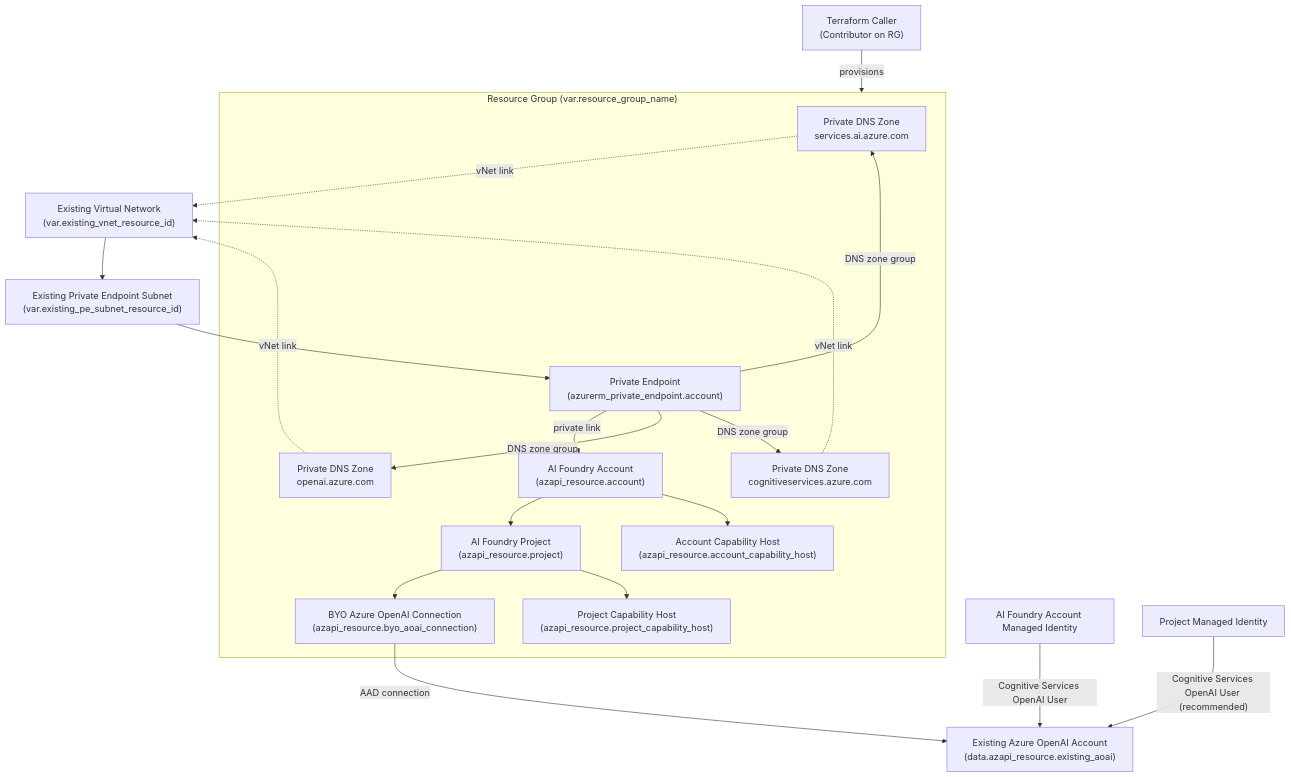
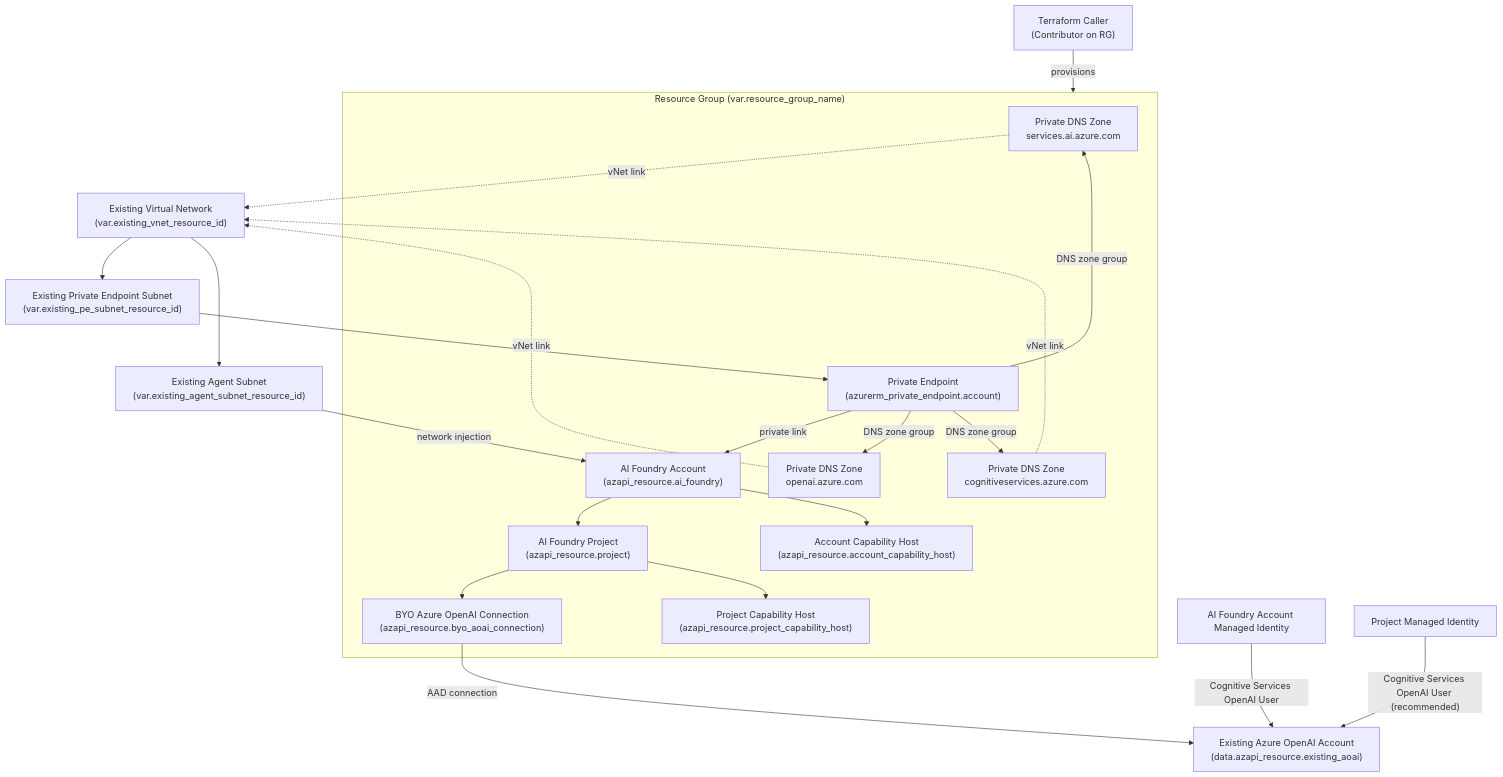
The diagram in Administration/Deployment_Configs/BYO_AOAI_wExisting_VNet/terraform/README.md (jakeatmsft/ai-foundry-craftkit), drawn with Mermaid before and after one commit. The commit also changed other lines of this file and 26 other files, not shown here.

````diff
--- a/Administration/Deployment_Configs/BYO_AOAI_wExisting_VNet/terraform/README.md
+++ b/Administration/Deployment_Configs/BYO_AOAI_wExisting_VNet/terraform/README.md
@@ -43,38 +45,41 @@
 ```mermaid
 graph TD
     TerraformCaller["Terraform Caller\n(Contributor on RG)"]
     ExistingAOAI["Existing Azure OpenAI Account\n(data.azapi_resource.existing_aoai)"]
     ExistingVNet["Existing Virtual Network\n(var.existing_vnet_resource_id)"]
     ExistingSubnet["Existing Private Endpoint Subnet\n(var.existing_pe_subnet_resource_id)"]
+    AgentSubnet["Existing Agent Subnet\n(var.existing_agent_subnet_resource_id)"]
 
     subgraph RG["Resource Group (var.resource_group_name)"]
         DNSAIServices["Private DNS Zone\nservices.ai.azure.com"]
         DNSOpenAI["Private DNS Zone\nopenai.azure.com"]
         DNSCog["Private DNS Zone\ncognitiveservices.azure.com"]
         PE["Private Endpoint\n(azurerm_private_endpoint.account)"]
-        Account["AI Foundry Account\n(azapi_resource.account)"]
+        Account["AI Foundry Account\n(azapi_resource.ai_foundry)"]
         Project["AI Foundry Project\n(azapi_resource.project)"]
         Connection["BYO Azure OpenAI Connection\n(azapi_resource.byo_aoai_connection)"]
         AccountHost["Account Capability Host\n(azapi_resource.account_capability_host)"]
         ProjectHost["Project Capability Host\n(azapi_resource.project_capability_host)"]
     end
 
     TerraformCaller -->|"provisions"| RG
     ExistingVNet --> ExistingSubnet
+    ExistingVNet --> AgentSubnet
     ExistingSubnet --> PE
     PE -->|"private link"| Account
+    AgentSubnet -->|"network injection"| Account
     DNSAIServices -. "vNet link" .-> ExistingVNet
     DNSOpenAI -. "vNet link" .-> ExistingVNet
     DNSCog -. "vNet link" .-> ExistingVNet
     PE -->|"DNS zone group"| DNSAIServices
     PE -->|"DNS zone group"| DNSOpenAI
     PE -->|"DNS zone group"| DNSCog
     Account --> Project
     Project --> Connection
     Account --> AccountHost
     Project --> ProjectHost
     Connection -->|"AAD connection"| ExistingAOAI
 
     AccountMI["AI Foundry Account Managed Identity"] -->|"Cognitive Services OpenAI User"| ExistingAOAI
     ProjectMI["Project Managed Identity"] -->|"Cognitive Services OpenAI User (recommended)"| ExistingAOAI
 ```
````
